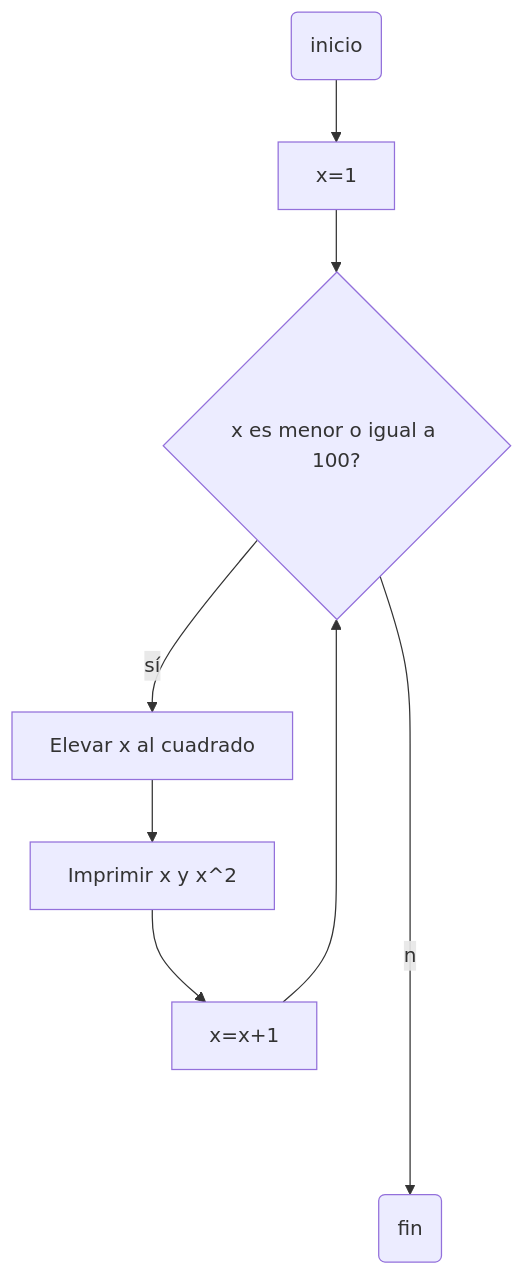
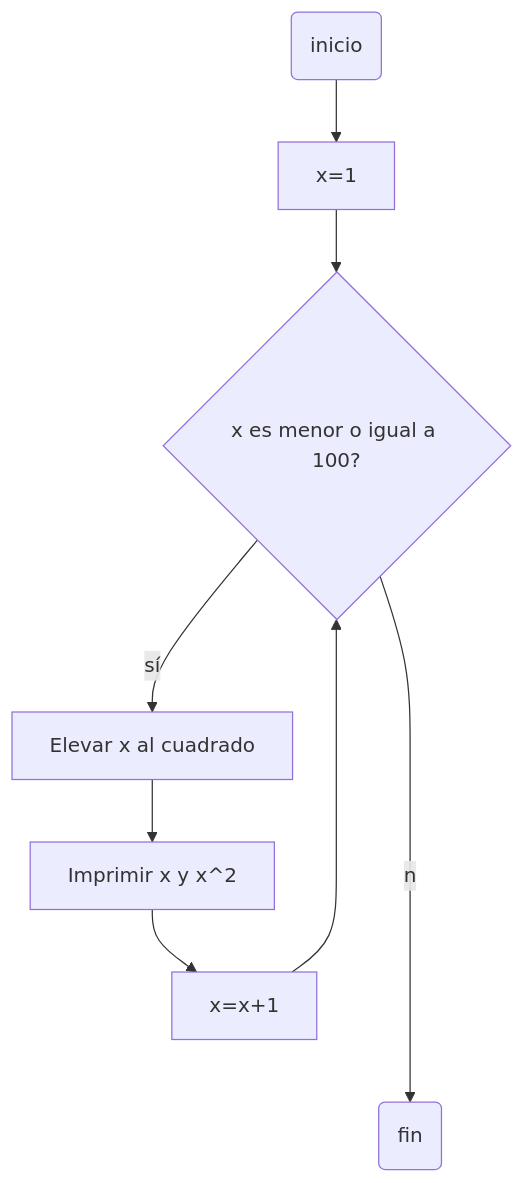
Before and after one commit to pjimenezq/while: the first of 2 diagrams in README.md, drawn with Mermaid.

````diff
--- a/README.md
+++ b/README.md
@@ -11,10 +11,10 @@
 ```mermaid
 flowchart TD
 A(inicio)-->B[x=1]
 B-->C{x es menor o igual a 100?}
 C--sí-->D[Elevar x al cuadrado]
 D-->J[Imprimir x y x^2]
 J-->F[x=x+1]
 F-->C
-C--no----->Z(fin)
+C--no---->Z(fin)
 ```
````
